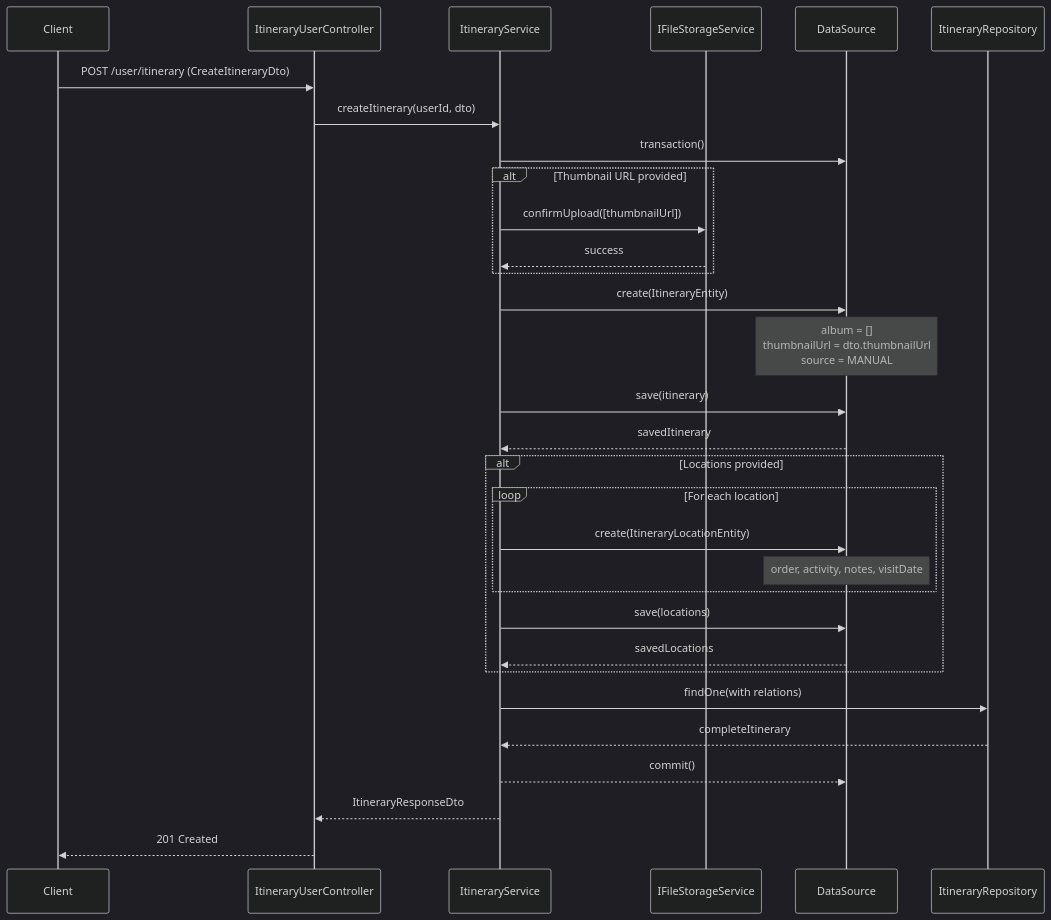
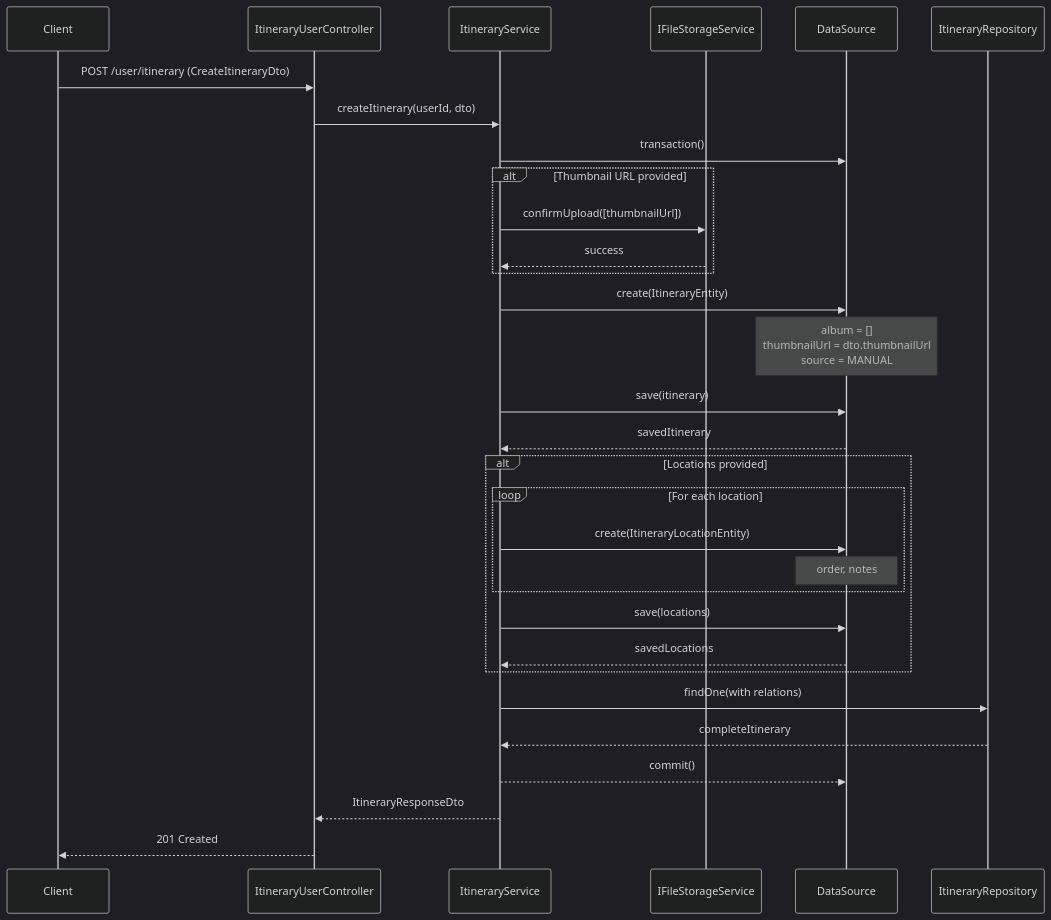
The third of 7 diagrams in docs/diagrams/02-itinerary-feature.md (UrbanLens-2025/urban-lens_server), drawn with Mermaid (dark theme) before and after one commit. The commit also changed other lines of this file and 8 other files, not shown here.

Commit message:
Refactor itinerary feature: remove activity and visitDate fields from ItineraryLocationDto and related entities, update service logic accordingly. Add new Location and Event feature diagrams with class and sequence diagrams for better documentation.

````diff
--- a/docs/diagrams/02-itinerary-feature.md
+++ b/docs/diagrams/02-itinerary-feature.md
@@ -155,40 +153,40 @@
 ```mermaid
 sequenceDiagram
     participant Client
     participant ItineraryController as ItineraryUserController
     participant ItineraryService
     participant FileStorageService as IFileStorageService
     participant DataSource
     participant ItineraryRepository
 
     Client->>ItineraryController: POST /user/itinerary (CreateItineraryDto)
     ItineraryController->>ItineraryService: createItinerary(userId, dto)
 
     ItineraryService->>DataSource: transaction()
 
     alt Thumbnail URL provided
         ItineraryService->>FileStorageService: confirmUpload([thumbnailUrl])
         FileStorageService-->>ItineraryService: success
     end
 
     ItineraryService->>DataSource: create(ItineraryEntity)
     Note over DataSource: album = []<br/>thumbnailUrl = dto.thumbnailUrl<br/>source = MANUAL
     ItineraryService->>DataSource: save(itinerary)
     DataSource-->>ItineraryService: savedItinerary
 
     alt Locations provided
         loop For each location
             ItineraryService->>DataSource: create(ItineraryLocationEntity)
-            Note over DataSource: order, activity, notes, visitDate
+            Note over DataSource: order, notes
         end
         ItineraryService->>DataSource: save(locations)
         DataSource-->>ItineraryService: savedLocations
     end
 
     ItineraryService->>ItineraryRepository: findOne(with relations)
     ItineraryRepository-->>ItineraryService: completeItinerary
 
     ItineraryService-->>DataSource: commit()
     ItineraryService-->>ItineraryController: ItineraryResponseDto
     ItineraryController-->>Client: 201 Created
 ```
````
